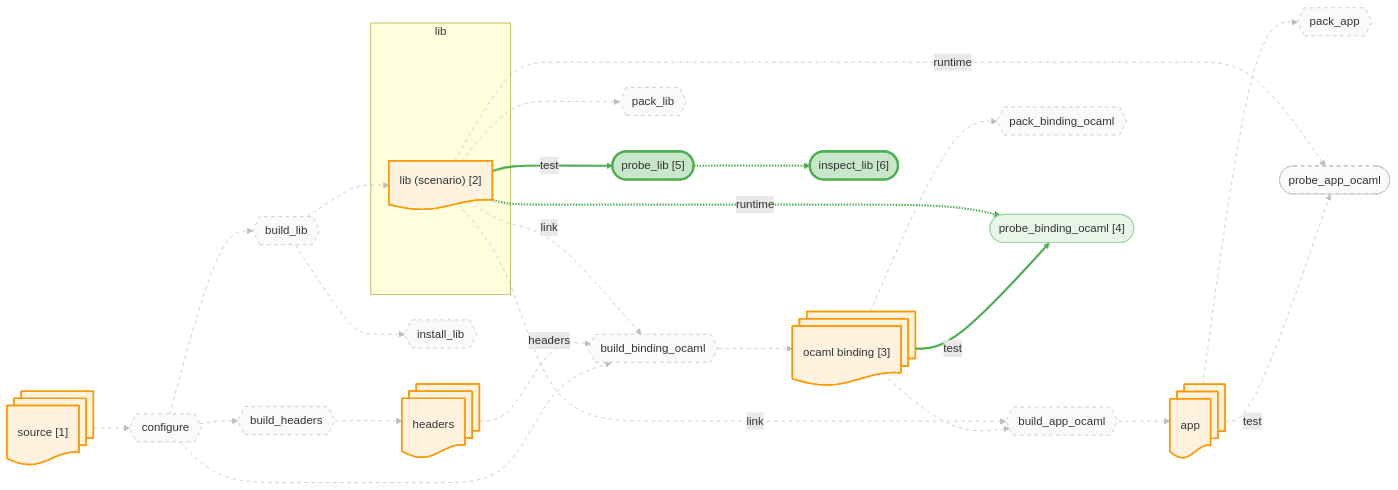
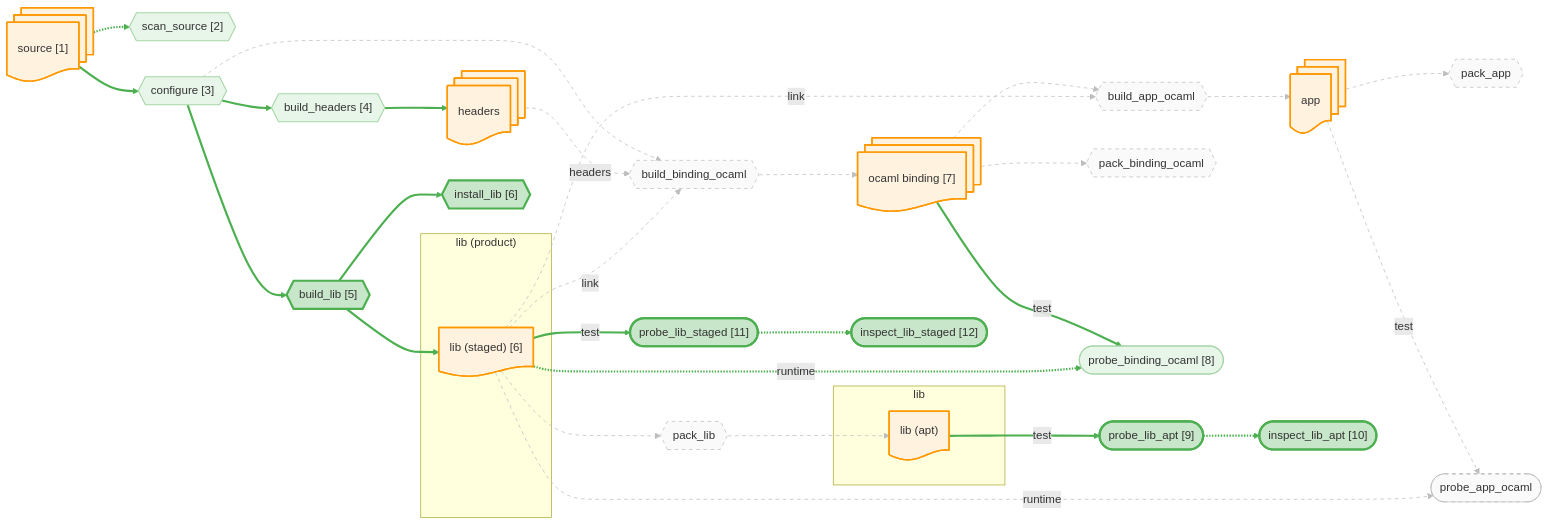
The diagram in docs/canary/projects/z3/-run/diagrams/lib.mmd (JHU-PL-Lab/tola), drawn with Mermaid before and after one commit. The commit also changed 231 other files, not shown here.

```diff
--- a/docs/canary/projects/z3/-run/diagrams/lib.mmd
+++ b/docs/canary/projects/z3/-run/diagrams/lib.mmd
@@ -1,91 +1,108 @@
 %% view: lib
 graph LR
     source_node@{ shape: docs, label: "source [1]" }
     headers_node@{ shape: docs, label: "headers" }
-    subgraph lib_sg ["lib"]
-      lib_fetch_node@{ shape: doc, label: "lib (scenario) [2]" }
+    subgraph lib_input_sg ["lib"]
+      lib_apt_node@{ shape: doc, label: "lib (apt)" }
+    end
+    subgraph lib_product_sg ["lib (product)"]
+      lib_staged_node@{ shape: doc, label: "lib (staged) [6]" }
     end
     app_node@{ shape: docs, label: "app" }
-    ocaml_binding_node@{ shape: docs, label: "ocaml binding [3]" }
+    ocaml_binding_node@{ shape: docs, label: "ocaml binding [7]" }
 
-    A_configure{{"configure"}}
-    A_build_headers{{"build_headers"}}
-    A_build_lib{{"build_lib"}}
+    A_scan_source{{"scan_source [2]"}}
+    A_configure{{"configure [3]"}}
+    A_build_headers{{"build_headers [4]"}}
+    A_build_lib{{"build_lib [5]"}}
     A_build_binding_ocaml{{"build_binding_ocaml"}}
     A_build_app_ocaml{{"build_app_ocaml"}}
-    A_install_lib{{"install_lib"}}
+    A_install_lib{{"install_lib [6]"}}
     A_pack_binding_ocaml{{"pack_binding_ocaml"}}
     A_pack_lib{{"pack_lib"}}
     A_pack_app{{"pack_app"}}
-    A_probe_binding_ocaml(["probe_binding_ocaml [4]"])
+    A_probe_binding_ocaml(["probe_binding_ocaml [8]"])
     A_probe_app_ocaml(["probe_app_ocaml"])
-    A_probe_lib(["probe_lib [5]"])
-    A_probe_lib_inspect(["inspect_lib [6]"])
+    A_probe_lib_apt(["probe_lib_apt [9]"])
+    A_probe_lib_staged(["probe_lib_staged [11]"])
+    A_probe_lib_apt_inspect(["inspect_lib_apt [10]"])
+    A_probe_lib_staged_inspect(["inspect_lib_staged [12]"])
 
+    source_node -.-> A_scan_source
     source_node --> A_configure
     A_configure --> A_build_headers
     A_build_headers --> headers_node
     A_configure --> A_build_lib
-    A_build_lib --> lib_fetch_node
+    A_build_lib --> lib_staged_node
     A_configure --> A_build_binding_ocaml
     headers_node -.->|headers| A_build_binding_ocaml
-    lib_fetch_node -.->|link| A_build_binding_ocaml
+    lib_staged_node -.->|link| A_build_binding_ocaml
     A_build_binding_ocaml --> ocaml_binding_node
     ocaml_binding_node --> A_build_app_ocaml
-    lib_fetch_node -.->|link| A_build_app_ocaml
+    lib_staged_node -.->|link| A_build_app_ocaml
     A_build_app_ocaml --> app_node
     A_build_lib --> A_install_lib
     ocaml_binding_node --> A_pack_binding_ocaml
-    lib_fetch_node --> A_pack_lib
+    lib_staged_node --> A_pack_lib
+    A_pack_lib --> lib_apt_node
     app_node --> A_pack_app
     ocaml_binding_node -->|test| A_probe_binding_ocaml
-    lib_fetch_node -.->|runtime| A_probe_binding_ocaml
+    lib_staged_node -.->|runtime| A_probe_binding_ocaml
     app_node -->|test| A_probe_app_ocaml
-    lib_fetch_node -.->|runtime| A_probe_app_ocaml
-    lib_fetch_node -->|test| A_probe_lib
-    A_probe_lib -.-> A_probe_lib_inspect
+    lib_staged_node -.->|runtime| A_probe_app_ocaml
+    lib_apt_node -->|test| A_probe_lib_apt
+    lib_staged_node -->|test| A_probe_lib_staged
+    A_probe_lib_apt -.-> A_probe_lib_apt_inspect
+    A_probe_lib_staged -.-> A_probe_lib_staged_inspect
 
     classDef artifact fill:#fff3e0,stroke:#ff9800,stroke-width:2px
     classDef action fill:#f3e5f5,stroke:#9c27b0,stroke-width:2px
     classDef st_done fill:#c8e6c9,stroke:#4caf50,stroke-width:3px
     classDef st_done_ctx fill:#e8f5e9,stroke:#a5d6a7,stroke-width:1.5px
     classDef st_expected_fail fill:#fff9c4,stroke:#f9a825,stroke-width:2px
     classDef st_failed fill:#ffcdd2,stroke:#c62828,stroke-width:2px
     classDef st_skipped fill:#f5f5f5,stroke:#9e9e9e,stroke-dasharray:5
     classDef st_nospec fill:#fafafa,stroke:#bdbdbd,stroke-dasharray:5
-    class source_node,headers_node,lib_fetch_node,app_node,ocaml_binding_node artifact
-    class A_configure st_nospec
-    class A_build_headers st_nospec
-    class A_build_lib st_nospec
+    class source_node,headers_node,lib_apt_node,lib_staged_node,app_node,ocaml_binding_node artifact
+    class A_scan_source st_done_ctx
+    class A_configure st_done_ctx
+    class A_build_headers st_done_ctx
+    class A_build_lib st_done
     class A_build_binding_ocaml st_nospec
     class A_build_app_ocaml st_nospec
-    class A_install_lib st_nospec
+    class A_install_lib st_done
     class A_pack_binding_ocaml st_nospec
     class A_pack_lib st_nospec
     class A_pack_app st_nospec
     class A_probe_binding_ocaml st_done_ctx
     class A_probe_app_ocaml st_nospec
-    class A_probe_lib st_done
-    class A_probe_lib_inspect st_done
-    linkStyle 0 stroke:#bdbdbd,stroke-width:1px,stroke-dasharray:5
-    linkStyle 1 stroke:#bdbdbd,stroke-width:1px,stroke-dasharray:5
-    linkStyle 2 stroke:#bdbdbd,stroke-width:1px,stroke-dasharray:5
-    linkStyle 3 stroke:#bdbdbd,stroke-width:1px,stroke-dasharray:5
-    linkStyle 4 stroke:#bdbdbd,stroke-width:1px,stroke-dasharray:5
-    linkStyle 5 stroke:#bdbdbd,stroke-width:1px,stroke-dasharray:5
+    class A_probe_lib_apt st_done
+    class A_probe_lib_staged st_done
+    class A_probe_lib_apt_inspect st_done
+    class A_probe_lib_staged_inspect st_done
+    linkStyle 0 stroke:#4caf50,stroke-width:3px
+    linkStyle 1 stroke:#4caf50,stroke-width:3px
+    linkStyle 2 stroke:#4caf50,stroke-width:3px
+    linkStyle 3 stroke:#4caf50,stroke-width:3px
+    linkStyle 4 stroke:#4caf50,stroke-width:3px
+    linkStyle 5 stroke:#4caf50,stroke-width:3px
     linkStyle 6 stroke:#bdbdbd,stroke-width:1px,stroke-dasharray:5
     linkStyle 7 stroke:#bdbdbd,stroke-width:1px,stroke-dasharray:5
     linkStyle 8 stroke:#bdbdbd,stroke-width:1px,stroke-dasharray:5
     linkStyle 9 stroke:#bdbdbd,stroke-width:1px,stroke-dasharray:5
     linkStyle 10 stroke:#bdbdbd,stroke-width:1px,stroke-dasharray:5
     linkStyle 11 stroke:#bdbdbd,stroke-width:1px,stroke-dasharray:5
     linkStyle 12 stroke:#bdbdbd,stroke-width:1px,stroke-dasharray:5
-    linkStyle 13 stroke:#bdbdbd,stroke-width:1px,stroke-dasharray:5
+    linkStyle 13 stroke:#4caf50,stroke-width:3px
     linkStyle 14 stroke:#bdbdbd,stroke-width:1px,stroke-dasharray:5
     linkStyle 15 stroke:#bdbdbd,stroke-width:1px,stroke-dasharray:5
-    linkStyle 16 stroke:#4caf50,stroke-width:3px
-    linkStyle 17 stroke:#4caf50,stroke-width:3px
-    linkStyle 18 stroke:#bdbdbd,stroke-width:1px,stroke-dasharray:5
-    linkStyle 19 stroke:#bdbdbd,stroke-width:1px,stroke-dasharray:5
-    linkStyle 20 stroke:#4caf50,stroke-width:3px
-    linkStyle 21 stroke:#4caf50,stroke-width:3px
+    linkStyle 16 stroke:#bdbdbd,stroke-width:1px,stroke-dasharray:5
+    linkStyle 17 stroke:#bdbdbd,stroke-width:1px,stroke-dasharray:5
+    linkStyle 18 stroke:#4caf50,stroke-width:3px
+    linkStyle 19 stroke:#4caf50,stroke-width:3px
+    linkStyle 20 stroke:#bdbdbd,stroke-width:1px,stroke-dasharray:5
+    linkStyle 21 stroke:#bdbdbd,stroke-width:1px,stroke-dasharray:5
+    linkStyle 22 stroke:#4caf50,stroke-width:3px
+    linkStyle 23 stroke:#4caf50,stroke-width:3px
+    linkStyle 24 stroke:#4caf50,stroke-width:3px
+    linkStyle 25 stroke:#4caf50,stroke-width:3px
```
